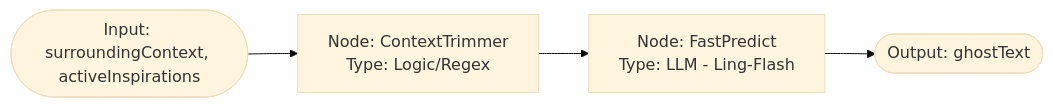
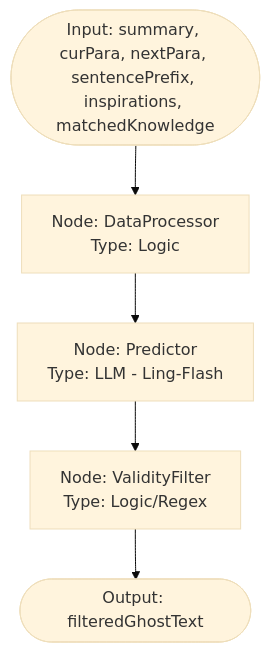
The first of 5 diagrams in docs/2026-02-14-21-30-架构设计-ModelWrite智能体流程与模型选型.md (cafe3310/ling-open-studio), drawn with Mermaid (base theme) before and after one commit. The commit also changed other lines of this file, not shown here.

Commit message:
docs(write): update Model Write architecture document with refined agent processes and model selection criteria

````diff
--- a/docs/2026-02-14-21-30-架构设计-ModelWrite智能体流程与模型选型.md
+++ b/docs/2026-02-14-21-30-架构设计-ModelWrite智能体流程与模型选型.md
@@ -58,8 +59,10 @@
 ```mermaid
-graph LR
-    Input([Input: surroundingContext, activeInspirations]) --> Trimmer[Node: ContextTrimmer
+graph TD
+    Input([Input: summary, curPara, nextPara, sentencePrefix, inspirations, matchedKnowledge]) --> Processor[Node: DataProcessor
+Type: Logic]
+    Processor --> Predictor[Node: Predictor
+Type: LLM - Ling-Flash]
+    Predictor --> Filter[Node: ValidityFilter
 Type: Logic/Regex]
-    Trimmer --> Predict[Node: FastPredict
-Type: LLM - Ling-Flash]
-    Predict --> Output([Output: ghostText])
+    Filter --> Output([Output: filteredGhostText])
 ```
````
